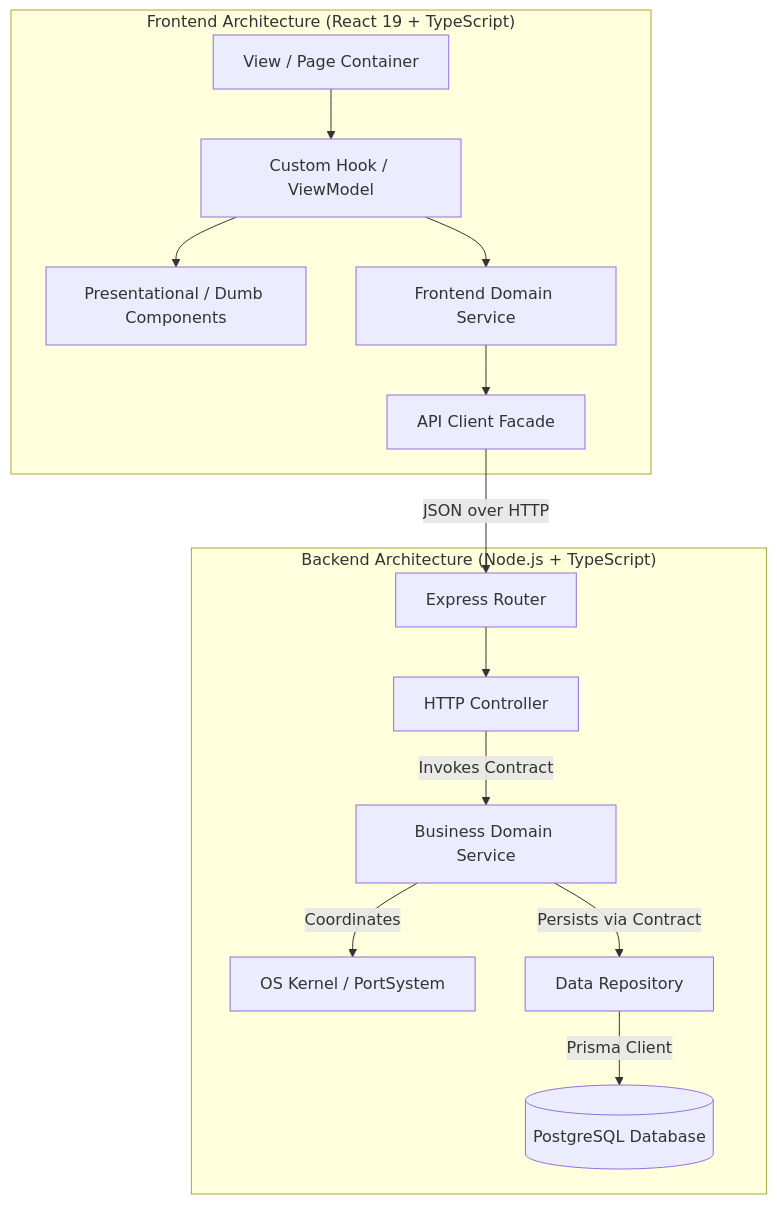
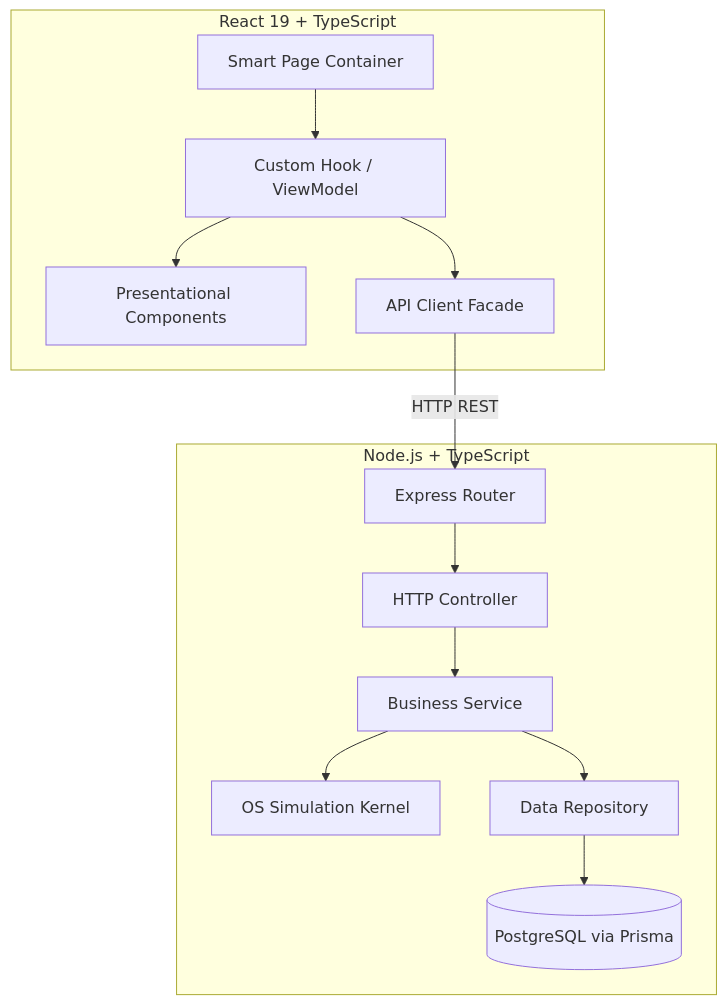
Before and after one commit to Sujalkathait/PortFlow: the first of 2 diagrams in LLD_ARCHITECTURE.md, drawn with Mermaid. The commit also changed other lines of this file and 30 other files, not shown here.

````diff
--- a/LLD_ARCHITECTURE.md
+++ b/LLD_ARCHITECTURE.md
@@ -50,19 +16,16 @@
 ```mermaid
 graph TD
-    subgraph Client["Frontend Architecture (React 19 + TypeScript)"]
-        UI[View / Page Container] --> Hook[Custom Hook / ViewModel]
-        Hook --> Presentational[Presentational / Dumb Components]
-        Hook --> ClientService[Frontend Domain Service]
-        ClientService --> HTTP[API Client Facade]
+    subgraph Frontend [React 19 + TypeScript]
+        UI[Smart Page Container] --> Hook[Custom Hook / ViewModel]
+        Hook --> Dumb[Presentational Components]
+        Hook --> API[API Client Facade]
     end
-
-    HTTP -->|JSON over HTTP| Router[Express Router]
-
-    subgraph Server["Backend Architecture (Node.js + TypeScript)"]
+    API -->|HTTP REST| Router[Express Router]
+    subgraph Backend [Node.js + TypeScript]
         Router --> Controller[HTTP Controller]
-        Controller -->|Invokes Contract| Service[Business Domain Service]
-        Service -->|Coordinates| OS[OS Kernel / PortSystem]
-        Service -->|Persists via Contract| Repo[Data Repository]
-        Repo -->|Prisma Client| DB[(PostgreSQL Database)]
+        Controller --> Service[Business Service]
+        Service --> OS[OS Simulation Kernel]
+        Service --> Repo[Data Repository]
+        Repo --> DB[(PostgreSQL via Prisma)]
     end
 ```
````
